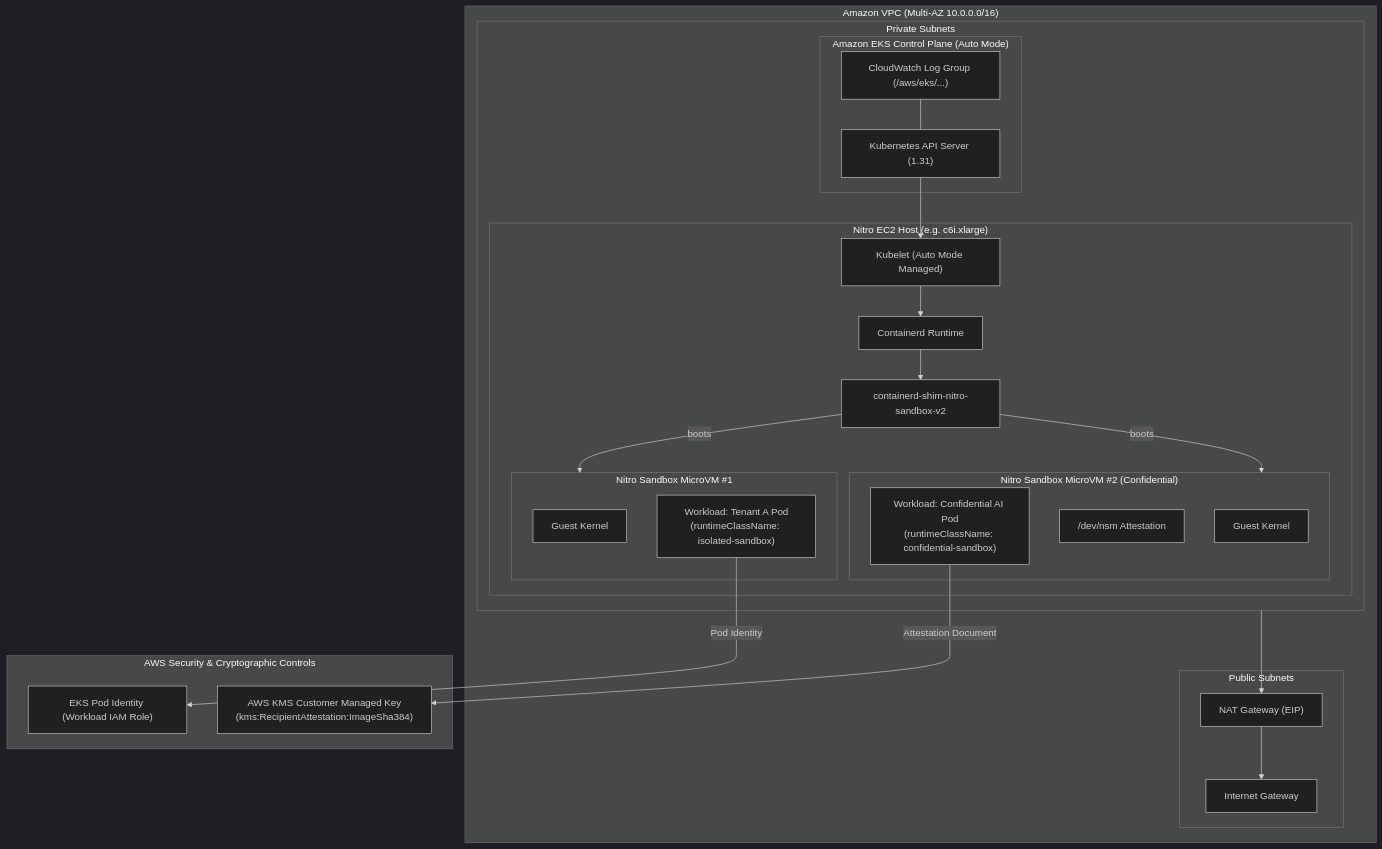
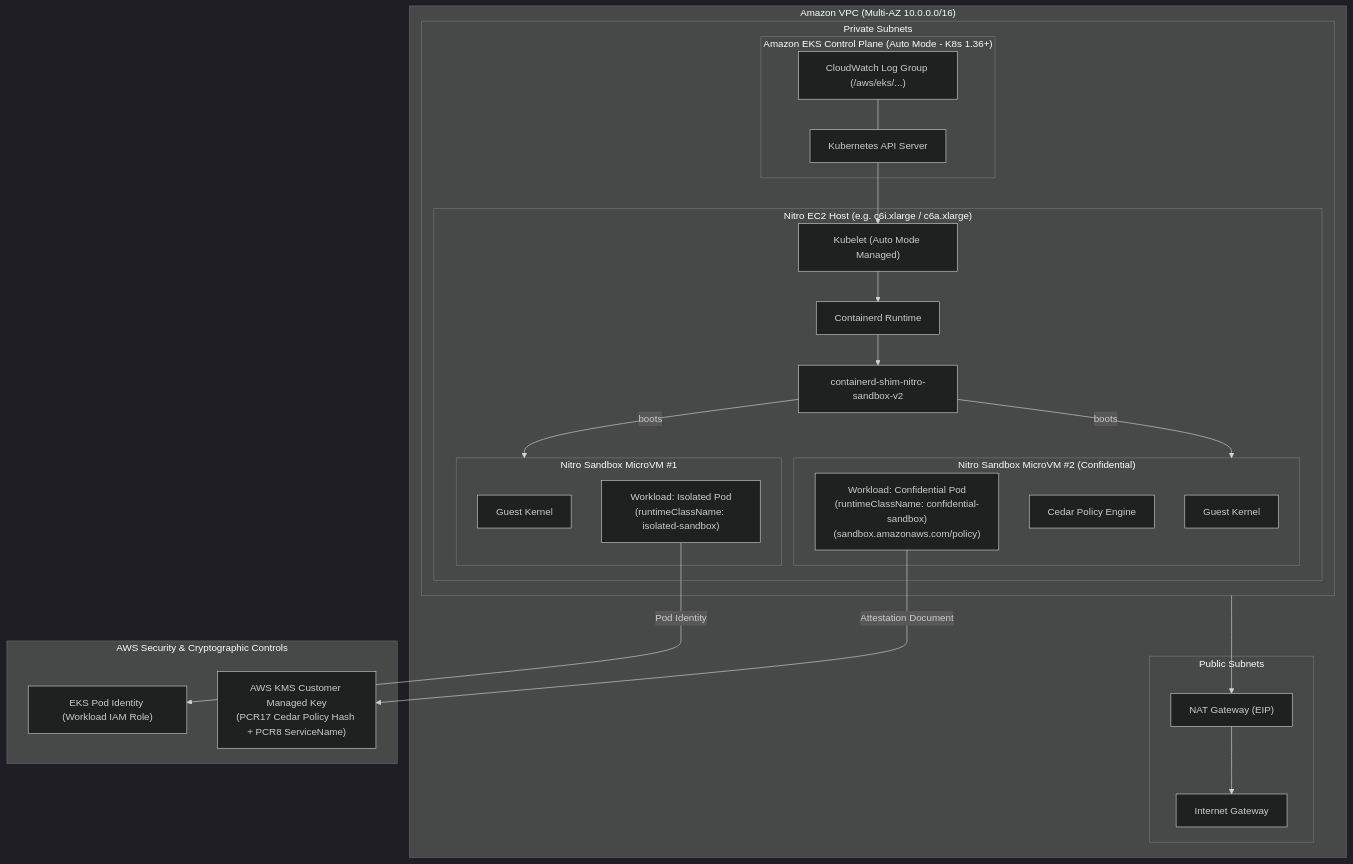
The diagram in README.md (Roslaan001/terraform-aws-eks-nitro-sandboxes), drawn with Mermaid (dark theme) before and after one commit. The commit also changed other lines of this file and 12 other files, not shown here.

Commit message:
fix(audit): align with official AWS Nitro Sandboxes specifications and built-in Auto Mode RuntimeClasses

````diff
--- a/README.md
+++ b/README.md
@@ -90,49 +90,49 @@
 ```mermaid
 flowchart TD
     subgraph VPC ["Amazon VPC (Multi-AZ 10.0.0.0/16)"]
         subgraph PublicSubnets ["Public Subnets"]
             IGW["Internet Gateway"]
             NAT["NAT Gateway (EIP)"]
         end
 
         subgraph PrivateSubnets ["Private Subnets"]
-            subgraph EKSControlPlane ["Amazon EKS Control Plane (Auto Mode)"]
-                API["Kubernetes API Server (1.31)"]
+            subgraph EKSControlPlane ["Amazon EKS Control Plane (Auto Mode - K8s 1.36+)"]
+                API["Kubernetes API Server"]
                 AuditLogs["CloudWatch Log Group (/aws/eks/...)"]
             end
 
-            subgraph NitroNode ["Nitro EC2 Host (e.g. c6i.xlarge)"]
+            subgraph NitroNode ["Nitro EC2 Host (e.g. c6i.xlarge / c6a.xlarge)"]
                 Kubelet["Kubelet (Auto Mode Managed)"]
                 Containerd["Containerd Runtime"]
                 Shim["containerd-shim-nitro-sandbox-v2"]
 
                 subgraph MicroVM1 ["Nitro Sandbox MicroVM #1"]
                     K1["Guest Kernel"]
-                    Pod1["Workload: Tenant A Pod\n(runtimeClassName: isolated-sandbox)"]
+                    Pod1["Workload: Isolated Pod\n(runtimeClassName: isolated-sandbox)"]
                 end
 
                 subgraph MicroVM2 ["Nitro Sandbox MicroVM #2 (Confidential)"]
                     K2["Guest Kernel"]
-                    NSM["/dev/nsm Attestation"]
-                    Pod2["Workload: Confidential AI Pod\n(runtimeClassName: confidential-sandbox)"]
+                    Cedar["Cedar Policy Engine"]
+                    Pod2["Workload: Confidential Pod\n(runtimeClassName: confidential-sandbox)\n(sandbox.amazonaws.com/policy)"]
                 end
             end
         end
     end
 
     subgraph SecurityControls ["AWS Security & Cryptographic Controls"]
         IAM_Pod["EKS Pod Identity (Workload IAM Role)"]
-        KMS["AWS KMS Customer Managed Key\n(kms:RecipientAttestation:ImageSha384)"]
+        KMS["AWS KMS Customer Managed Key\n(PCR17 Cedar Policy Hash + PCR8 ServiceName)"]
     end
 
     Pod1 -->|Pod Identity| IAM_Pod
     Pod2 -->|Attestation Document| KMS
     Shim -->|boots| MicroVM1
     Shim -->|boots| MicroVM2
     Containerd --> Shim
     Kubelet --> Containerd
     API --> Kubelet
     AuditLogs --- API
     NAT --> IGW
     PrivateSubnets --> NAT
 ```
````
